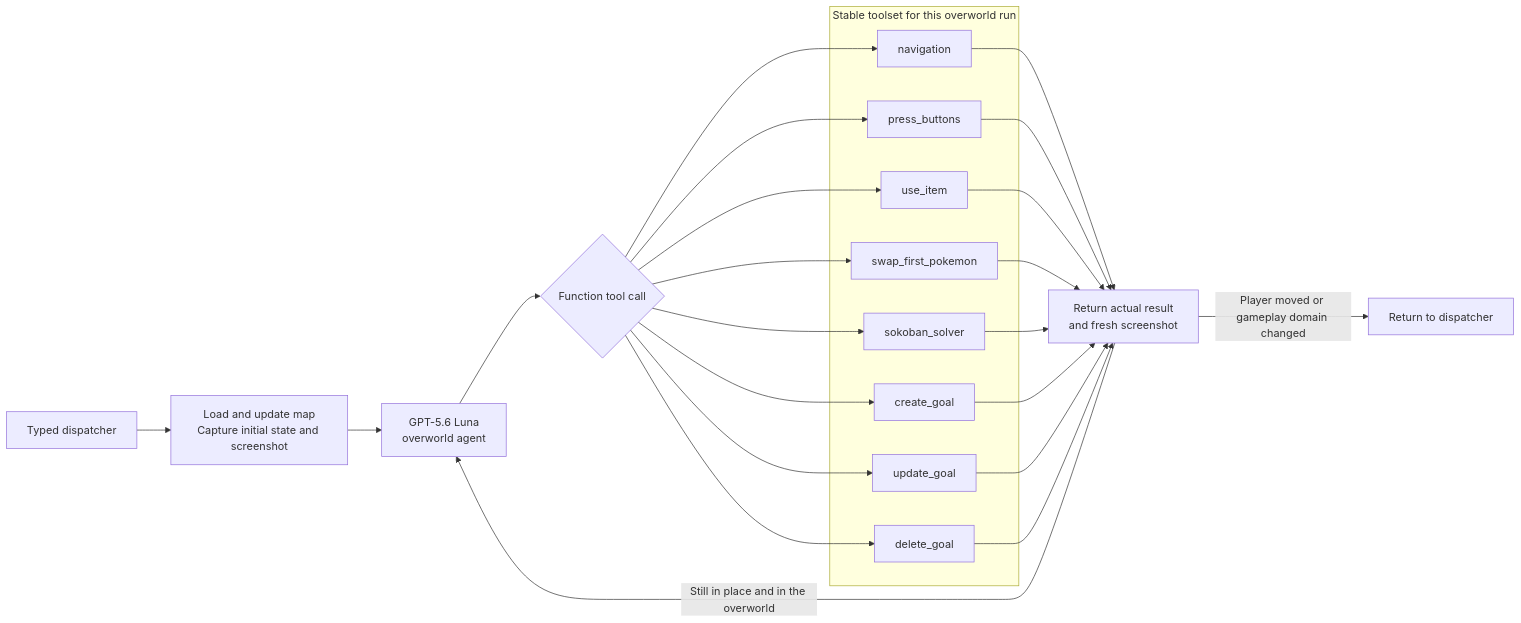
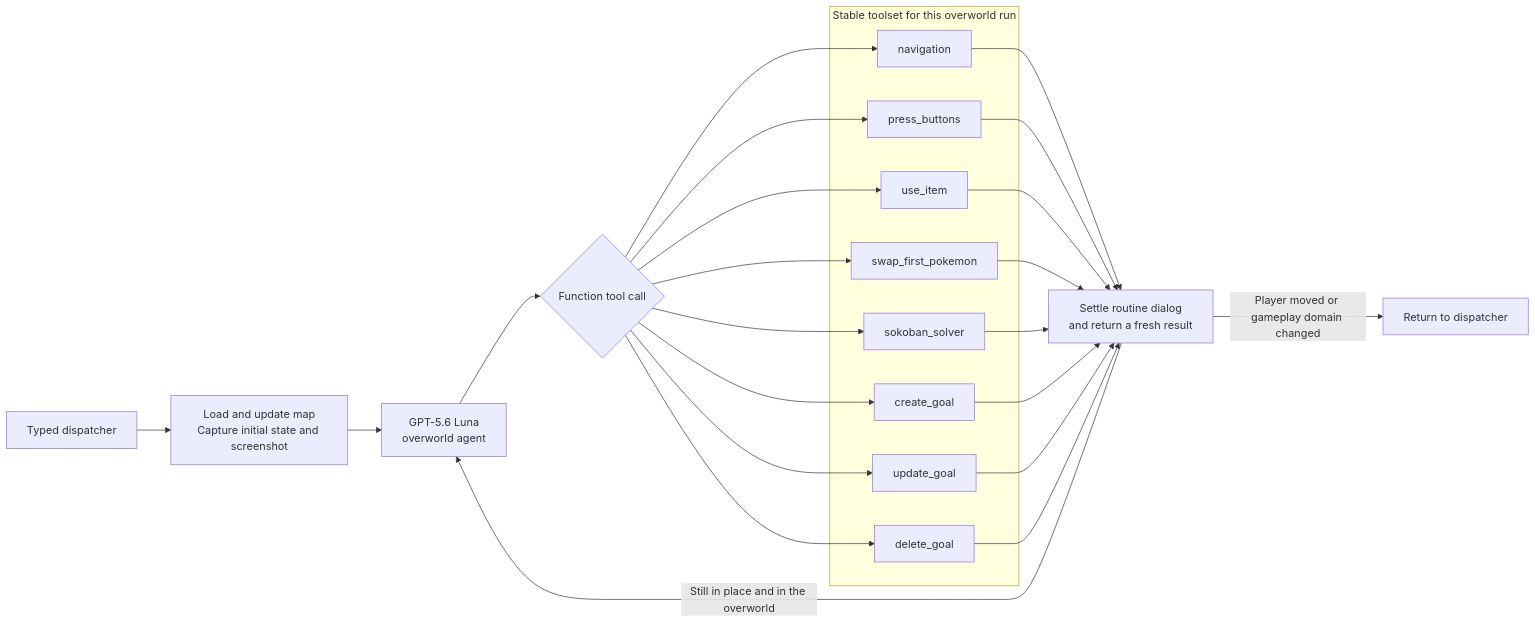
Before and after one commit to clambro/ai-plays-pokemon: the second of 4 diagrams in docs/workflow.md, drawn with Mermaid. The commit also changed other lines of this file and 24 other files, not shown here.

First line of the commit message:
Settle routine dialog inside agent actions (#106)

````diff
--- a/docs/workflow.md
+++ b/docs/workflow.md
@@ -51,38 +51,38 @@
 ```mermaid
 flowchart LR
     dispatch["Typed dispatcher"] --> prepare["Load and update map<br/>Capture initial state and screenshot"]
     prepare --> agent["GPT-5.6 Luna<br/>overworld agent"]
     agent --> choice{"Function tool call"}
 
     subgraph toolset["Stable toolset for this overworld run"]
         navigate["navigation"]
         buttons["press_buttons"]
         item["use_item"]
         swap["swap_first_pokemon"]
         sokoban["sokoban_solver"]
         create_goal["create_goal"]
         update_goal["update_goal"]
         delete_goal["delete_goal"]
     end
 
     choice --> navigate
     choice --> buttons
     choice --> item
     choice --> swap
     choice --> sokoban
     choice --> create_goal
     choice --> update_goal
     choice --> delete_goal
 
-    navigate --> observe["Return actual result<br/>and fresh screenshot"]
+    navigate --> observe["Settle routine dialog<br/>and return a fresh result"]
     buttons --> observe
     item --> observe
     swap --> observe
     sokoban --> observe
     create_goal --> observe
     update_goal --> observe
     delete_goal --> observe
 
     observe -->|"Still in place and in the overworld"| agent
     observe -->|"Player moved or gameplay domain changed"| finish["Return to dispatcher"]
 ```
````
